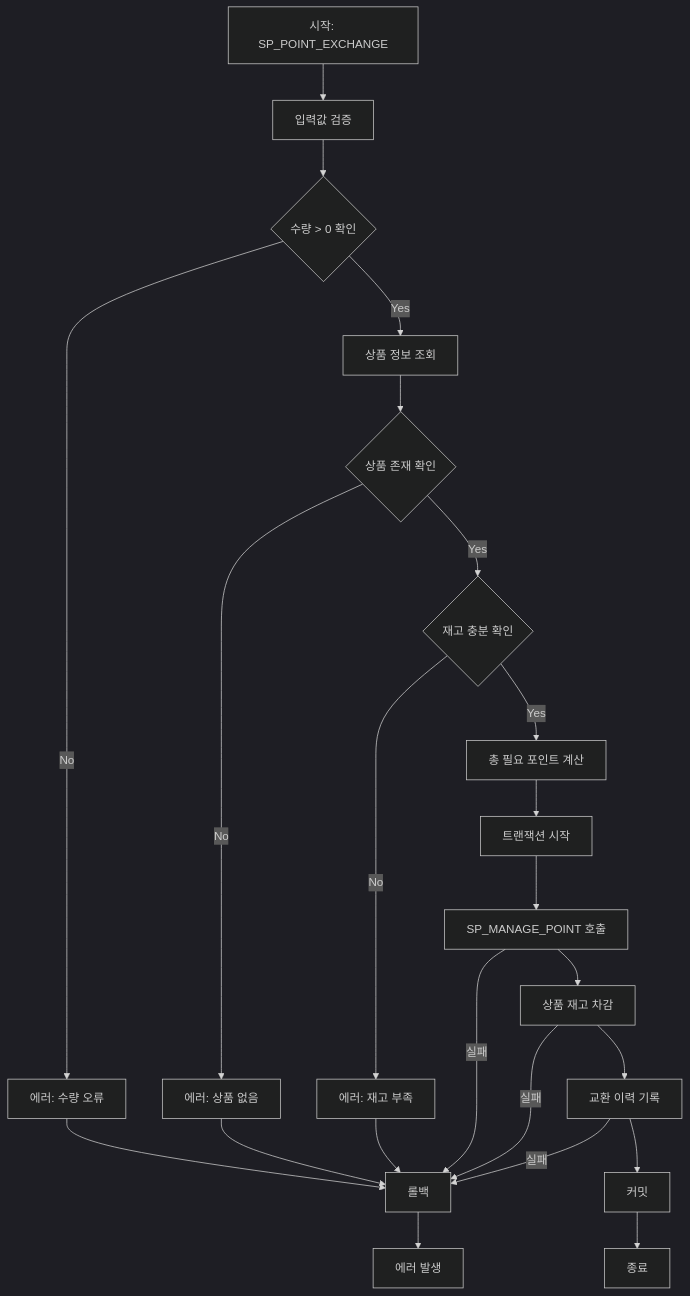
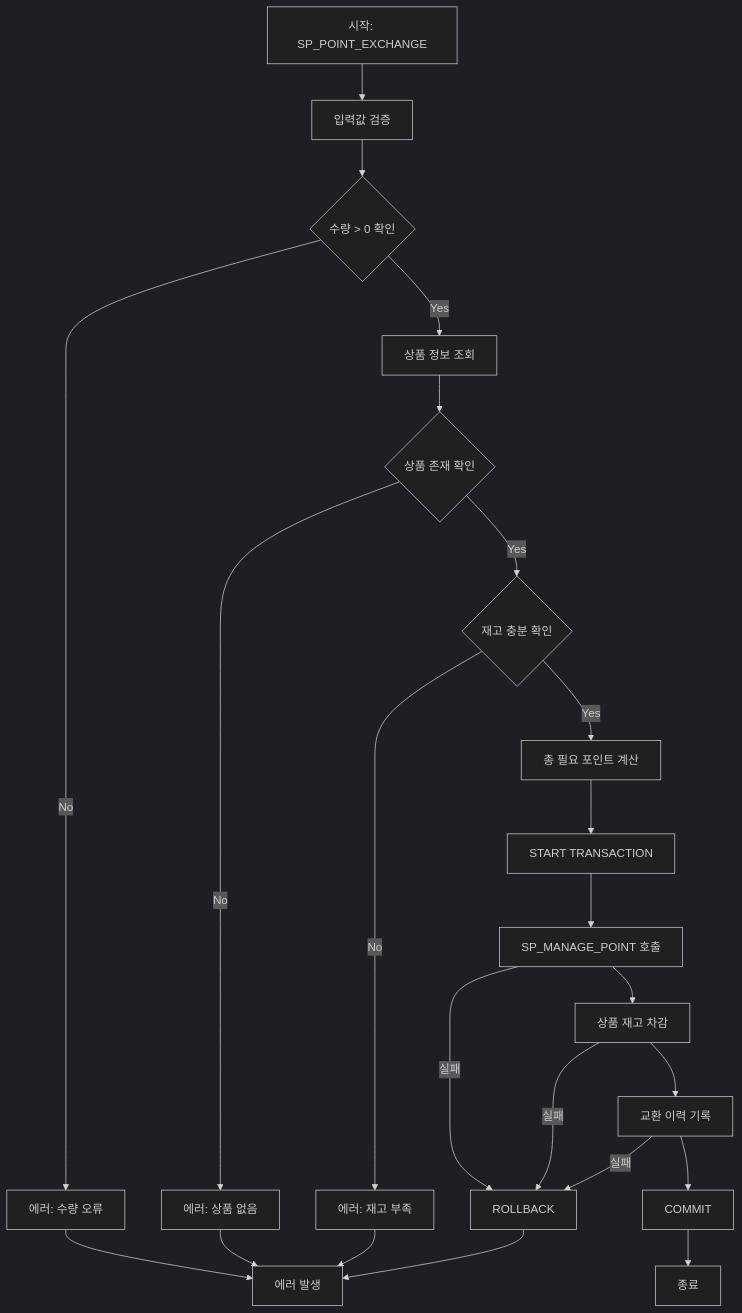
Before and after one commit to DBDIBABIDIBU/be15-1st-DBDIBABDBU-mobile_receipt: the diagram in src/mobile-receipt/point/diagram_point_exchange.md, drawn with Mermaid (dark theme). The commit also changed 1 other file, not shown here.

Commit message:
refactor: 포인트 관리 테스트 케이스 변경사항 문서 적용

````diff
--- a/src/mobile-receipt/point/diagram_point_exchange.md
+++ b/src/mobile-receipt/point/diagram_point_exchange.md
@@ -1,30 +1,31 @@
 ```mermaid
 flowchart TD
     A[시작: SP_POINT_EXCHANGE] --> B[입력값 검증]
     B --> C{수량 > 0 확인}
     C -->|No| D[에러: 수량 오류]
     C -->|Yes| E[상품 정보 조회]
 
     E --> F{상품 존재 확인}
     F -->|No| G[에러: 상품 없음]
     F -->|Yes| H{재고 충분 확인}
 
     H -->|No| I[에러: 재고 부족]
     H -->|Yes| J[총 필요 포인트 계산]
 
-    J --> K[트랜잭션 시작]
+    %% 트랜잭션 시작
+    J --> K[START TRANSACTION]
     K --> L[SP_MANAGE_POINT 호출]
     L --> M[상품 재고 차감]
     M --> N[교환 이력 기록]
-    N --> O[커밋]
+    N --> O[COMMIT]
     O --> P[종료]
 
     %% 에러 처리
-    D --> Q[롤백]
+    D --> Q[에러 발생]
     G --> Q
     I --> Q
-    L -->|실패| Q
-    M -->|실패| Q
-    N -->|실패| Q
-    Q --> R[에러 발생]
+    L -->|실패| R[ROLLBACK]
+    M -->|실패| R
+    N -->|실패| R
+    R --> Q
 ```
````
